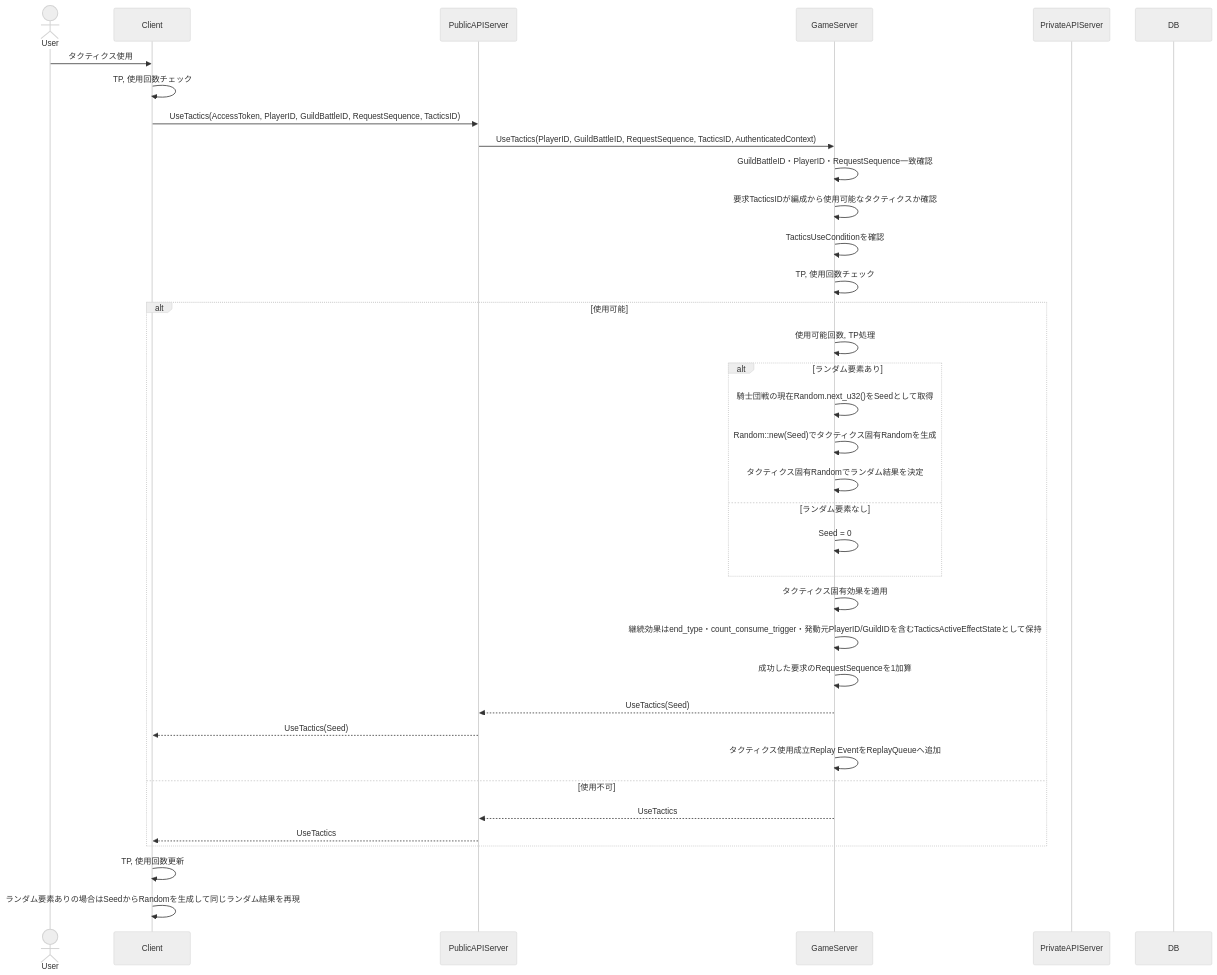
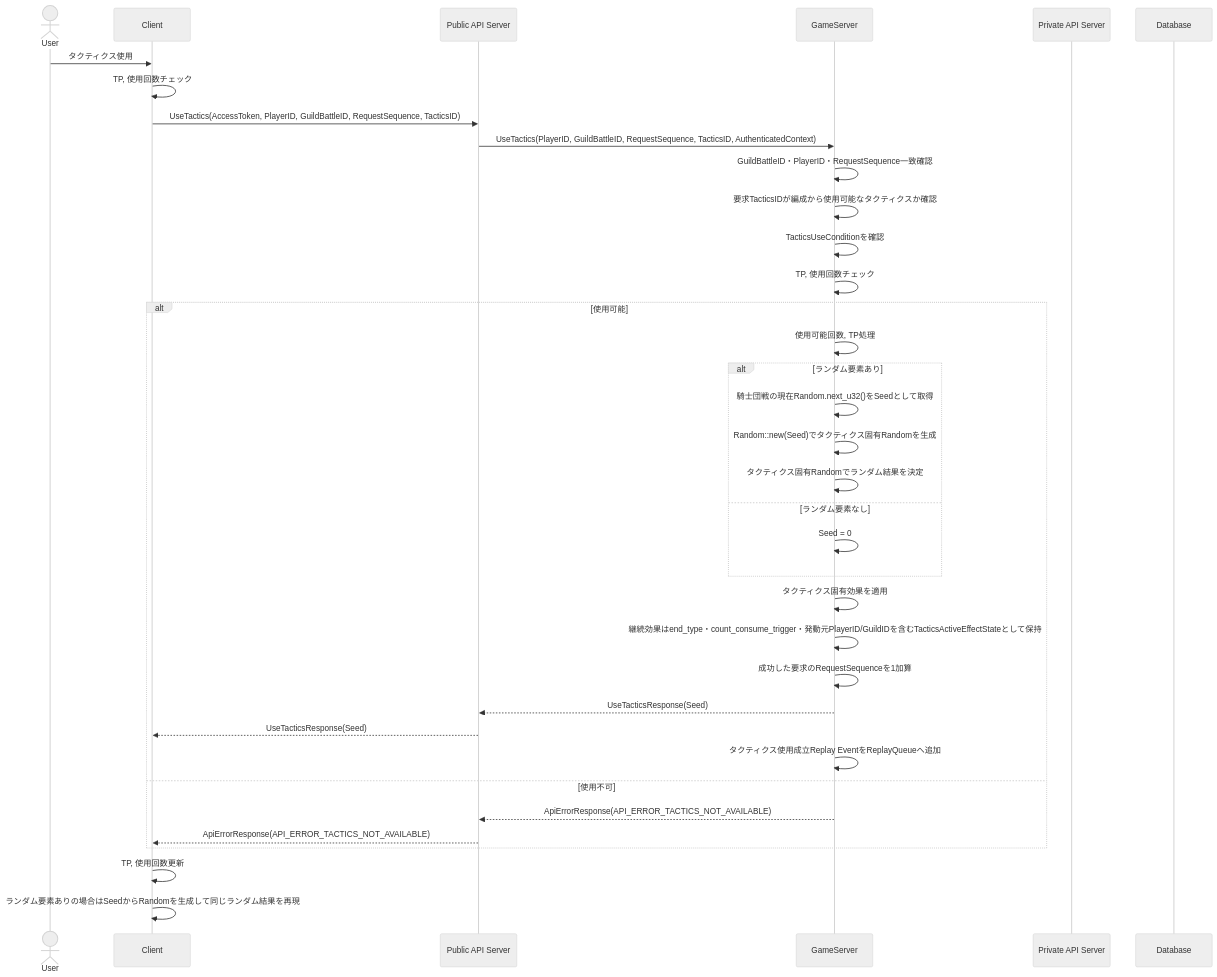
Before and after one commit to ReHydrangeaOdyssey/Specifications: the fifth of 13 diagrams in design/server/guild_battle.md, drawn with Mermaid (neutral theme). The commit also changed other lines of this file and 12 other files, not shown here.

Commit message:
図などの名称の統一

````diff
--- a/design/server/guild_battle.md
+++ b/design/server/guild_battle.md
@@ -316,43 +316,43 @@
 ``` mermaid
 sequenceDiagram
     actor User
     participant Client
-    participant PublicAPIServer
+    participant PublicAPIServer as Public API Server
     participant GameServer
-    participant PrivateAPIServer
-    participant DB
+    participant PrivateAPIServer as Private API Server
+    participant Database
 
     User->>Client: タクティクス使用
     Client->>Client: TP, 使用回数チェック
     Client->>PublicAPIServer: UseTactics(AccessToken, PlayerID, GuildBattleID, RequestSequence, TacticsID)
     PublicAPIServer->>GameServer: UseTactics(PlayerID, GuildBattleID, RequestSequence, TacticsID, AuthenticatedContext)
 
     GameServer->>GameServer: GuildBattleID・PlayerID・RequestSequence一致確認
     GameServer->>GameServer: 要求TacticsIDが編成から使用可能なタクティクスか確認
     GameServer->>GameServer: TacticsUseConditionを確認
     GameServer->>GameServer: TP, 使用回数チェック
 
     alt 使用可能
         GameServer->>GameServer: 使用可能回数, TP処理
         alt ランダム要素あり
             GameServer->>GameServer: 騎士団戦の現在Random.next_u32()をSeedとして取得
             GameServer->>GameServer: Random::new(Seed)でタクティクス固有Randomを生成
             GameServer->>GameServer: タクティクス固有Randomでランダム結果を決定
         else ランダム要素なし
             GameServer->>GameServer: Seed = 0
         end
         GameServer->>GameServer: タクティクス固有効果を適用
         GameServer->>GameServer: 継続効果はend_type・count_consume_trigger・発動元PlayerID/GuildIDを含むTacticsActiveEffectStateとして保持
         GameServer->>GameServer: 成功した要求のRequestSequenceを1加算
-        GameServer-->>PublicAPIServer: UseTactics(Seed)
-        PublicAPIServer-->>Client: UseTactics(Seed)
+        GameServer-->>PublicAPIServer: UseTacticsResponse(Seed)
+        PublicAPIServer-->>Client: UseTacticsResponse(Seed)
 
         GameServer ->> GameServer: タクティクス使用成立Replay EventをReplayQueueへ追加
     else 使用不可
-        GameServer-->>PublicAPIServer: UseTactics
-        PublicAPIServer-->>Client: UseTactics
+        GameServer-->>PublicAPIServer: ApiErrorResponse(API_ERROR_TACTICS_NOT_AVAILABLE)
+        PublicAPIServer-->>Client: ApiErrorResponse(API_ERROR_TACTICS_NOT_AVAILABLE)
     end
     
     Client->>Client: TP, 使用回数更新
     Client->>Client: ランダム要素ありの場合はSeedからRandomを生成して同じランダム結果を再現
 ```
````
